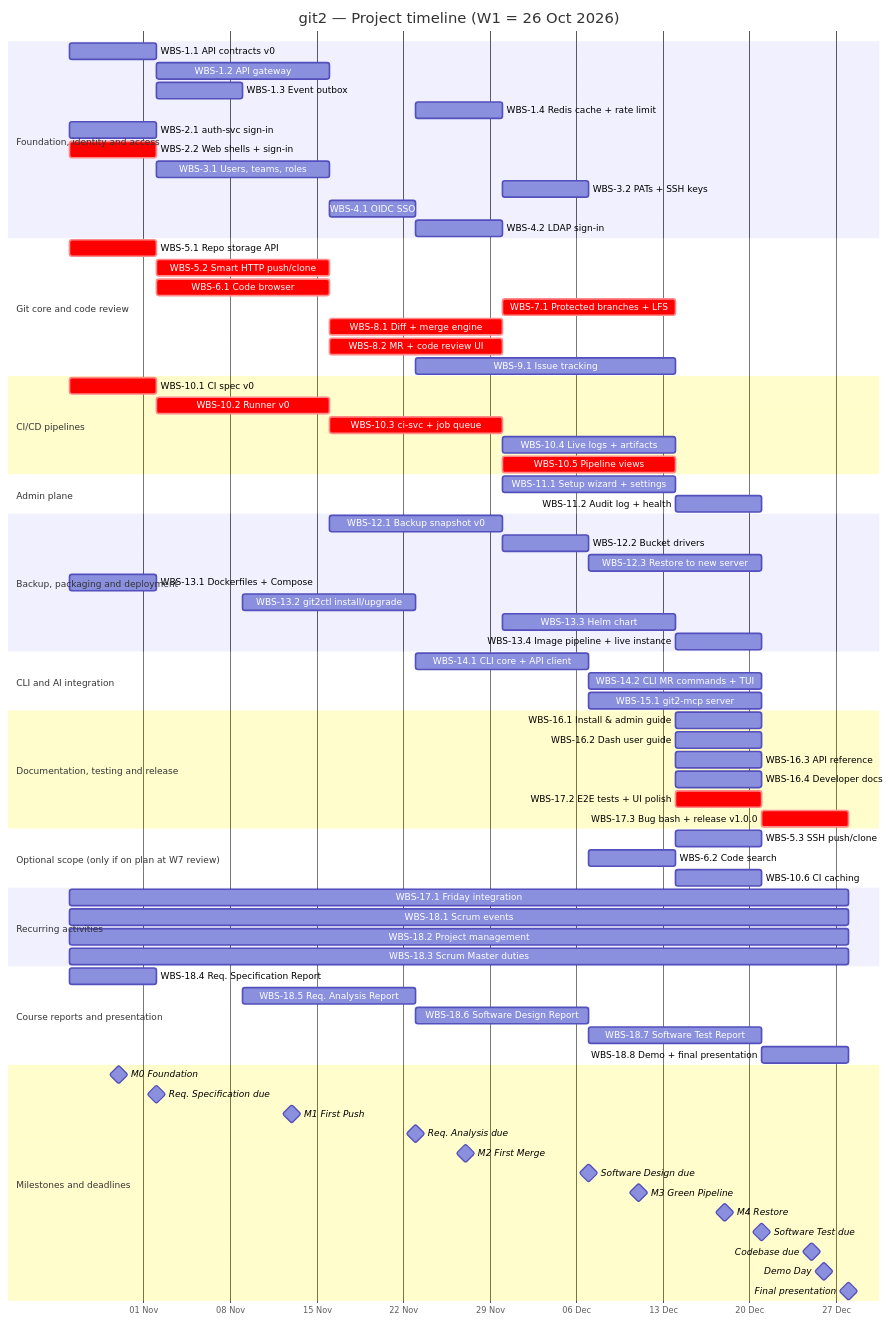
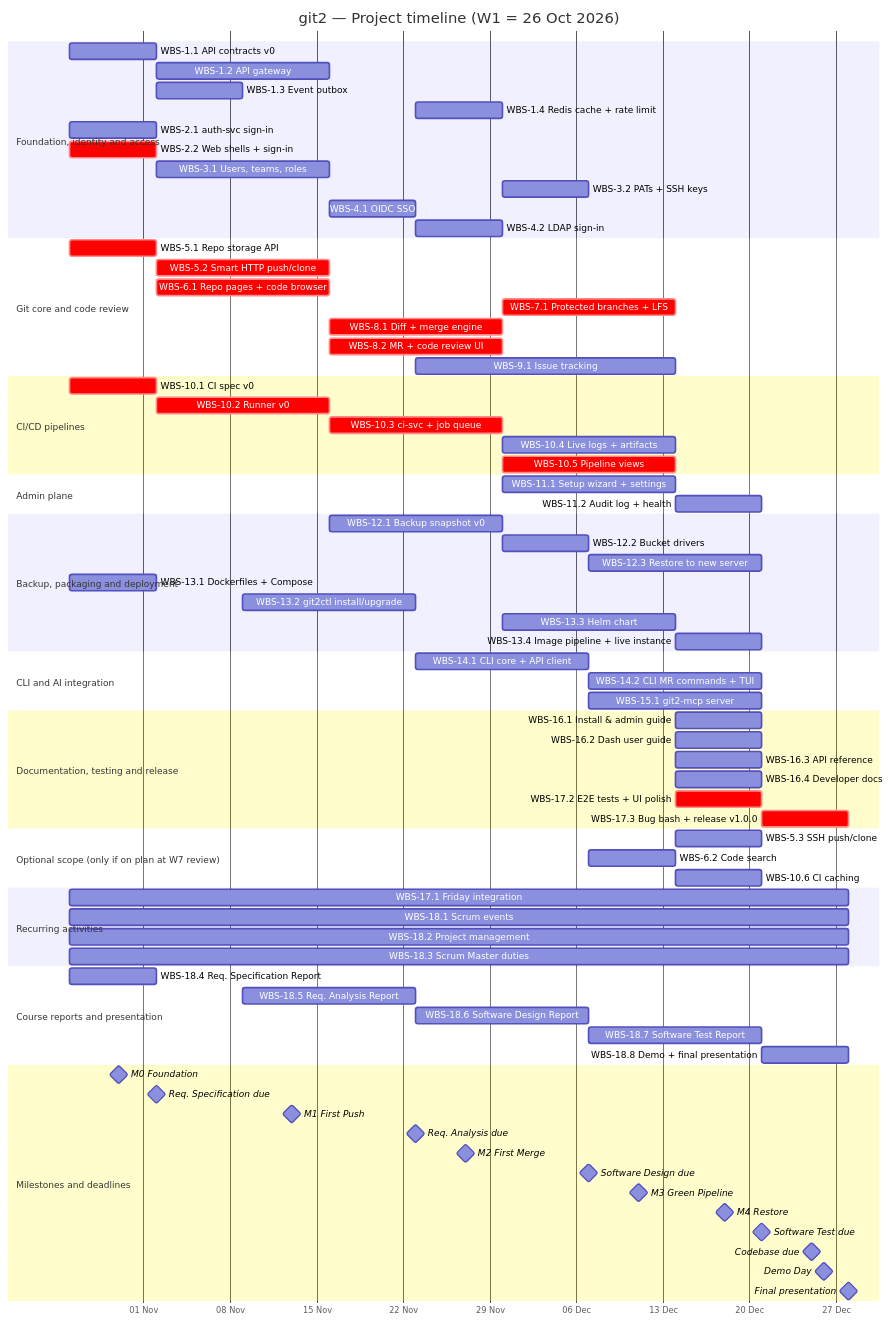
Before and after one commit to git2-project/git2: the second of 2 diagrams in docs/ProjectPlan.md, drawn with Mermaid. The commit also changed other lines of this file, not shown here.

````diff
--- a/docs/ProjectPlan.md
+++ b/docs/ProjectPlan.md
@@ -613,82 +629,82 @@
 ```mermaid
 gantt
     title git2 — Project timeline (W1 = 26 Oct 2026)
     dateFormat YYYY-MM-DD
     axisFormat %d %b
     todayMarker off
     section Foundation, identity and access
     WBS-1.1 API contracts v0 :w1_1, 2026-10-26, 7d
     WBS-1.2 API gateway :w1_2, 2026-11-02, 14d
     WBS-1.3 Event outbox :w1_3, 2026-11-02, 7d
     WBS-1.4 Redis cache + rate limit :w1_4, 2026-11-23, 7d
     WBS-2.1 auth-svc sign-in :w2_1, 2026-10-26, 7d
     WBS-2.2 Web shells + sign-in :crit, w2_2, 2026-10-26, 7d
     WBS-3.1 Users, teams, roles :w3_1, 2026-11-02, 14d
     WBS-3.2 PATs + SSH keys :w3_2, 2026-11-30, 7d
     WBS-4.1 OIDC SSO :w4_1, 2026-11-16, 7d
     WBS-4.2 LDAP sign-in :w4_2, 2026-11-23, 7d
     section Git core and code review
     WBS-5.1 Repo storage API :crit, w5_1, 2026-10-26, 7d
     WBS-5.2 Smart HTTP push/clone :crit, w5_2, 2026-11-02, 14d
-    WBS-6.1 Code browser :crit, w6_1, 2026-11-02, 14d
+    WBS-6.1 Repo pages + code browser :crit, w6_1, 2026-11-02, 14d
     WBS-7.1 Protected branches + LFS :crit, w7_1, 2026-11-30, 14d
     WBS-8.1 Diff + merge engine :crit, w8_1, 2026-11-16, 14d
     WBS-8.2 MR + code review UI :crit, w8_2, 2026-11-16, 14d
     WBS-9.1 Issue tracking :w9_1, 2026-11-23, 21d
     section CI/CD pipelines
     WBS-10.1 CI spec v0 :crit, w10_1, 2026-10-26, 7d
     WBS-10.2 Runner v0 :crit, w10_2, 2026-11-02, 14d
     WBS-10.3 ci-svc + job queue :crit, w10_3, 2026-11-16, 14d
     WBS-10.4 Live logs + artifacts :w10_4, 2026-11-30, 14d
     WBS-10.5 Pipeline views :crit, w10_5, 2026-11-30, 14d
     section Admin plane
     WBS-11.1 Setup wizard + settings :w11_1, 2026-11-30, 14d
     WBS-11.2 Audit log + health :w11_2, 2026-12-14, 7d
     section Backup, packaging and deployment
     WBS-12.1 Backup snapshot v0 :w12_1, 2026-11-16, 14d
     WBS-12.2 Bucket drivers :w12_2, 2026-11-30, 7d
     WBS-12.3 Restore to new server :w12_3, 2026-12-07, 14d
     WBS-13.1 Dockerfiles + Compose :w13_1, 2026-10-26, 7d
     WBS-13.2 git2ctl install/upgrade :w13_2, 2026-11-09, 14d
     WBS-13.3 Helm chart :w13_3, 2026-11-30, 14d
     WBS-13.4 Image pipeline + live instance :w13_4, 2026-12-14, 7d
     section CLI and AI integration
     WBS-14.1 CLI core + API client :w14_1, 2026-11-23, 14d
     WBS-14.2 CLI MR commands + TUI :w14_2, 2026-12-07, 14d
     WBS-15.1 git2-mcp server :w15_1, 2026-12-07, 14d
     section Documentation, testing and release
     WBS-16.1 Install & admin guide :w16_1, 2026-12-14, 7d
     WBS-16.2 Dash user guide :w16_2, 2026-12-14, 7d
     WBS-16.3 API reference :w16_3, 2026-12-14, 7d
     WBS-16.4 Developer docs :w16_4, 2026-12-14, 7d
     WBS-17.2 E2E tests + UI polish :crit, w17_2, 2026-12-14, 7d
     WBS-17.3 Bug bash + release v1.0.0 :crit, w17_3, 2026-12-21, 7d
     section Optional scope (only if on plan at W7 review)
     WBS-5.3 SSH push/clone :w5_3, 2026-12-14, 7d
     WBS-6.2 Code search :w6_2, 2026-12-07, 7d
     WBS-10.6 CI caching :w10_6, 2026-12-14, 7d
     section Recurring activities
     WBS-17.1 Friday integration :w17_1, 2026-10-26, 63d
     WBS-18.1 Scrum events :w18_1, 2026-10-26, 63d
     WBS-18.2 Project management :w18_2, 2026-10-26, 63d
     WBS-18.3 Scrum Master duties :w18_3, 2026-10-26, 63d
     section Course reports and presentation
     WBS-18.4 Req. Specification Report :w18_4, 2026-10-26, 7d
     WBS-18.5 Req. Analysis Report :w18_5, 2026-11-09, 14d
     WBS-18.6 Software Design Report :w18_6, 2026-11-23, 14d
     WBS-18.7 Software Test Report :w18_7, 2026-12-07, 14d
     WBS-18.8 Demo + final presentation :w18_8, 2026-12-21, 7d
     section Milestones and deadlines
     M0 Foundation :milestone, 2026-10-30, 0d
     Req. Specification due :milestone, 2026-11-02, 0d
     M1 First Push :milestone, 2026-11-13, 0d
     Req. Analysis due :milestone, 2026-11-23, 0d
     M2 First Merge :milestone, 2026-11-27, 0d
     Software Design due :milestone, 2026-12-07, 0d
     M3 Green Pipeline :milestone, 2026-12-11, 0d
     M4 Restore :milestone, 2026-12-18, 0d
     Software Test due :milestone, 2026-12-21, 0d
     Codebase due :milestone, 2026-12-25, 0d
     Demo Day :milestone, 2026-12-26, 0d
     Final presentation :milestone, 2026-12-28, 0d
 ```
````
